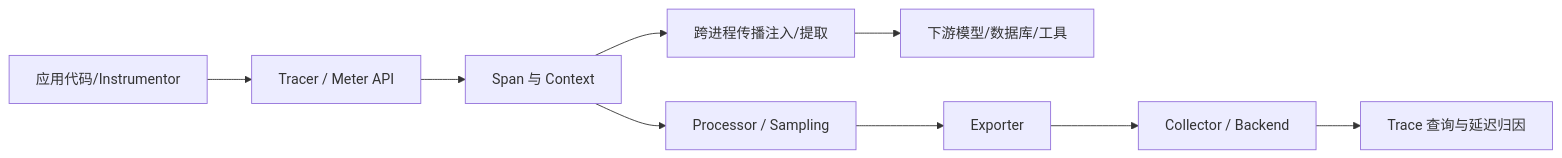
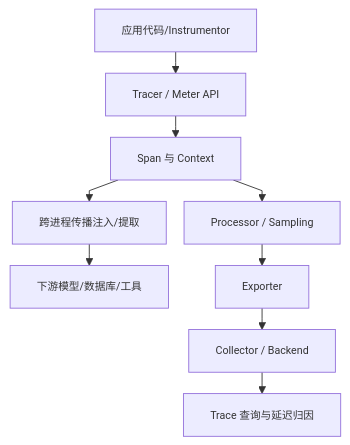
Before and after one commit to JiangXiangAi/git_weekly_news: the sixth of 10 diagrams in 2026/2026-10-05_2026-10-11/06_Other.md, drawn with Mermaid. The commit also changed other lines of this file, not shown here.

Commit message:
Replace reading instructions with project judgement, unify diagram layout, and link terms to Google

````diff
--- a/2026/2026-10-05_2026-10-11/06_Other.md
+++ b/2026/2026-10-05_2026-10-11/06_Other.md
@@ -132,11 +137,12 @@
 ```mermaid
-flowchart LR
+%%{init: {"flowchart": {"useMaxWidth": true, "nodeSpacing": 20, "rankSpacing": 24, "curve": "linear"}, "themeVariables": {"fontSize": "12px"}}}%%
+flowchart TD
   A[应用代码/Instrumentor] --> B[Tracer / Meter API]
   B --> C[Span 与 Context]
   C --> D[跨进程传播注入/提取]
   D --> E[下游模型/数据库/工具]
   C --> F[Processor / Sampling]
   F --> G[Exporter]
   G --> H[Collector / Backend]
   H --> I[Trace 查询与延迟归因]
 ```
````
